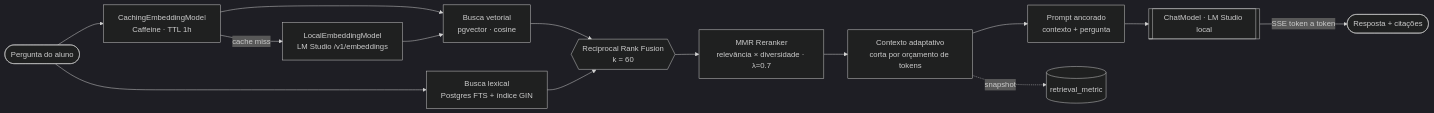
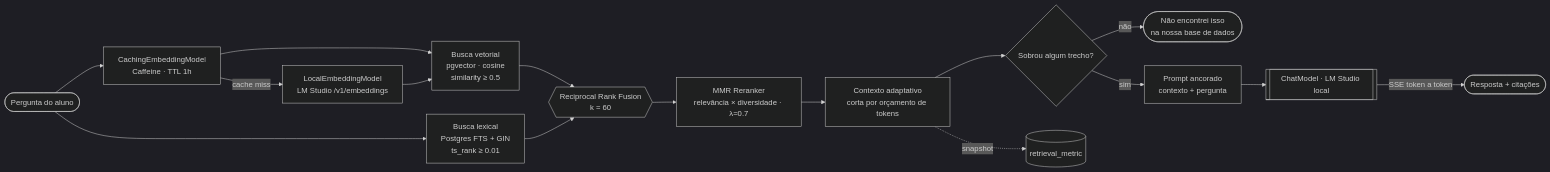
The diagram in README.md (WallaceCampista/Acervo), drawn with Mermaid (dark theme) before and after one commit. The commit also changed other lines of this file and 2 other files, not shown here.

Commit message:
feat: adiciona controle de piso de relevância e gate de abstenção no retrieval

````diff
--- a/README.md
+++ b/README.md
@@ -91,16 +91,18 @@
 ```mermaid
 flowchart LR
     Q([Pergunta do aluno]) --> CE[CachingEmbeddingModel<br/>Caffeine · TTL 1h]
     CE -->|cache miss| LE[LocalEmbeddingModel<br/>LM Studio /v1/embeddings]
-    CE --> VEC[Busca vetorial<br/>pgvector · cosine]
+    CE --> VEC[Busca vetorial<br/>pgvector · cosine<br/>similarity ≥ 0.5]
     LE --> VEC
-    Q --> FTS[Busca lexical<br/>Postgres FTS + índice GIN]
+    Q --> FTS[Busca lexical<br/>Postgres FTS + GIN<br/>ts_rank ≥ 0.01]
     VEC --> RRF{{Reciprocal Rank Fusion<br/>k = 60}}
     FTS --> RRF
     RRF --> MMR[MMR Reranker<br/>relevância × diversidade · λ=0.7]
     MMR --> ADPT[Contexto adaptativo<br/>corta por orçamento de tokens]
-    ADPT --> PR[Prompt ancorado<br/>contexto + pergunta]
+    ADPT --> GATE{Sobrou algum trecho?}
+    GATE -->|não| NO([Não encontrei isso<br/>na nossa base de dados])
+    GATE -->|sim| PR[Prompt ancorado<br/>contexto + pergunta]
     PR --> LLM[[ChatModel · LM Studio local]]
     LLM -->|SSE token a token| ANS([Resposta + citações])
     ADPT -.->|snapshot| MET[(retrieval_metric)]
 ```
````
